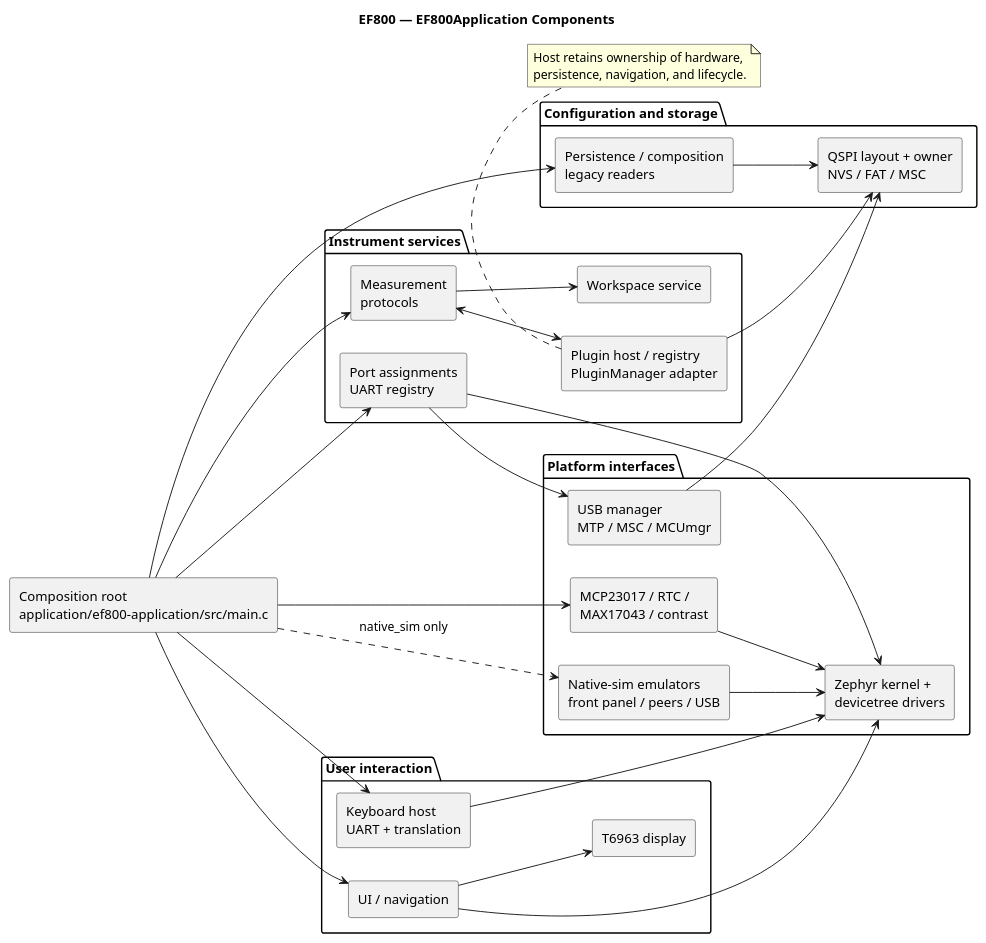
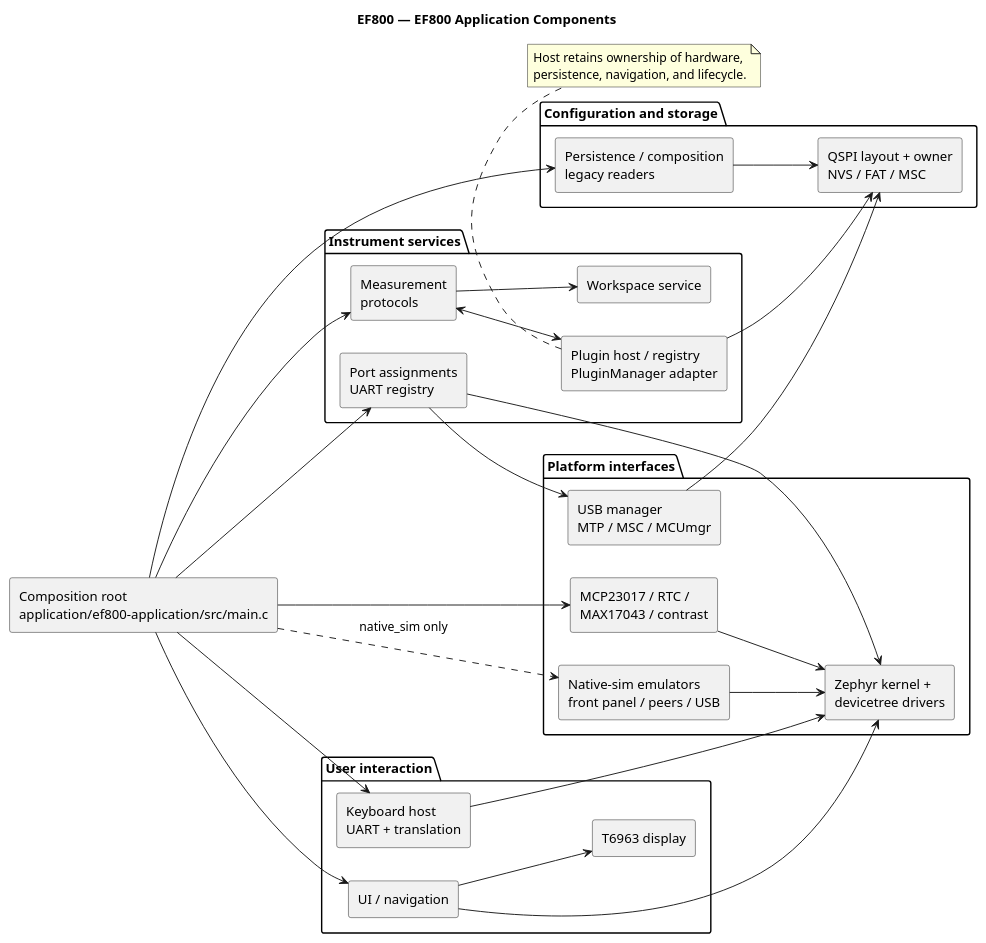
The diagram in architecture/diagram_as_code/05_building_block_view/2_main_components.puml (jaster-prj/EF800-Zephyr), drawn with PlantUML before and after one commit. The commit also changed 294 other files, not shown here.

```diff
--- a/architecture/diagram_as_code/05_building_block_view/2_main_components.puml
+++ b/architecture/diagram_as_code/05_building_block_view/2_main_components.puml
@@ -1,52 +1,52 @@
 @startuml 2_main_components
-title EF800 — EF800Application Components
+title EF800 — EF800 Application Components
 left to right direction
 
 rectangle "Composition root\napplication/ef800-application/src/main.c" as root
 package "User interaction" {
   rectangle "UI / navigation" as ui
   rectangle "T6963 display" as display
   rectangle "Keyboard host\nUART + translation" as keyboard
 }
 package "Instrument services" {
   rectangle "Port assignments\nUART registry" as ports
   rectangle "Measurement\nprotocols" as measurement
   rectangle "Workspace service" as workspace
   rectangle "Plugin host / registry\nPluginManager adapter" as plugins
 }
 package "Configuration and storage" {
   rectangle "Persistence / composition\nlegacy readers" as persistence
   rectangle "QSPI layout + owner\nNVS / FAT / MSC" as storage
 }
 package "Platform interfaces" {
   rectangle "USB manager\nMTP / MSC / MCUmgr" as usb
   rectangle "MCP23017 / RTC /\nMAX17043 / contrast" as devices
   rectangle "Native-sim emulators\nfront panel / peers / USB" as native
   rectangle "Zephyr kernel +\ndevicetree drivers" as zephyr
 }
 
 root --> ui
 root --> keyboard
 root --> ports
 root --> measurement
 root --> persistence
 root --> devices
 measurement <--> plugins
 measurement --> workspace
 plugins --> storage
 persistence --> storage
 ports --> usb
 usb --> storage
 ui --> display
 ui --> zephyr
 keyboard --> zephyr
 ports --> zephyr
 devices --> zephyr
 root ..> native : native_sim only
 native --> zephyr
 
 note bottom of plugins
   Host retains ownership of hardware,
   persistence, navigation, and lifecycle.
 end note
 @enduml
```
